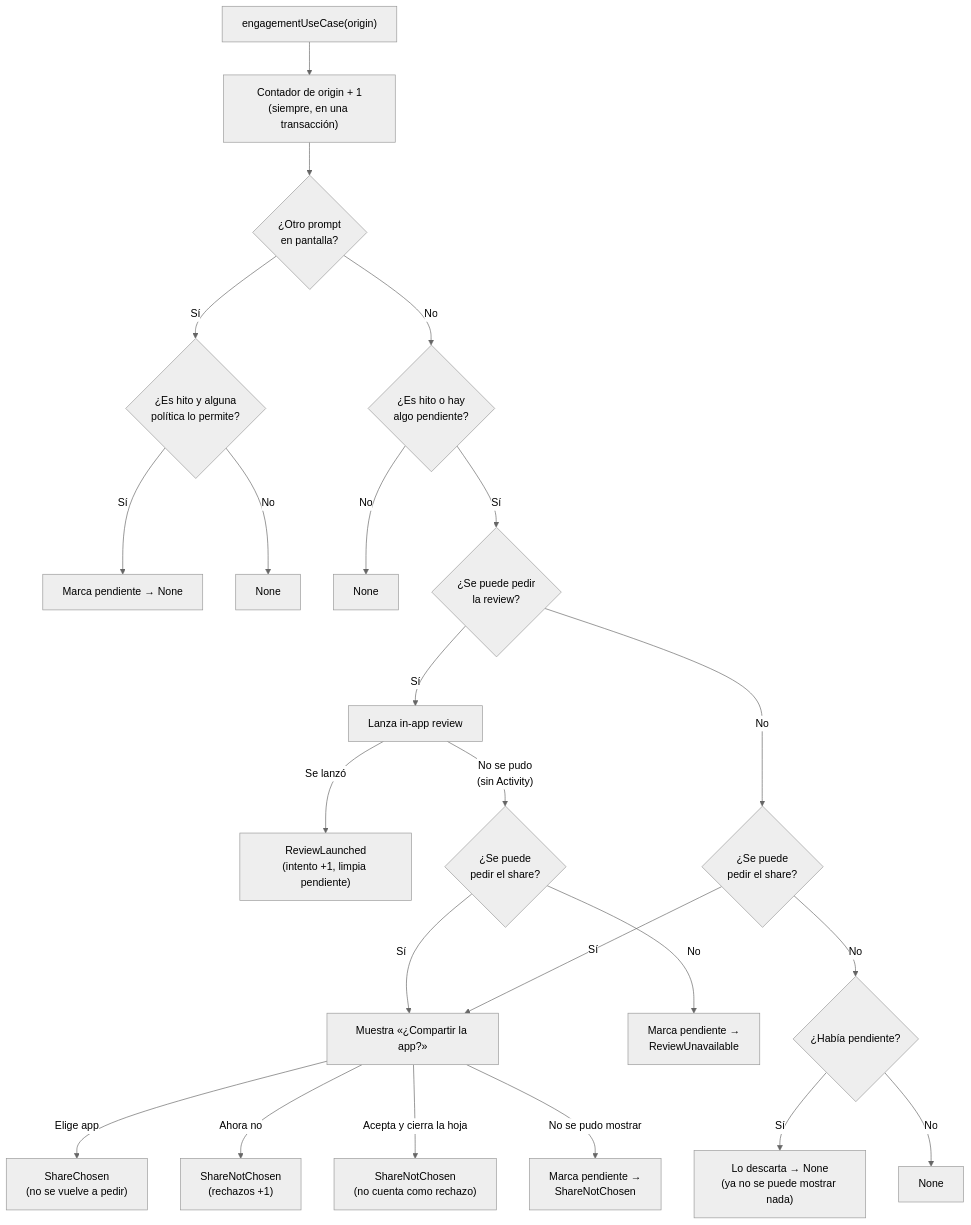
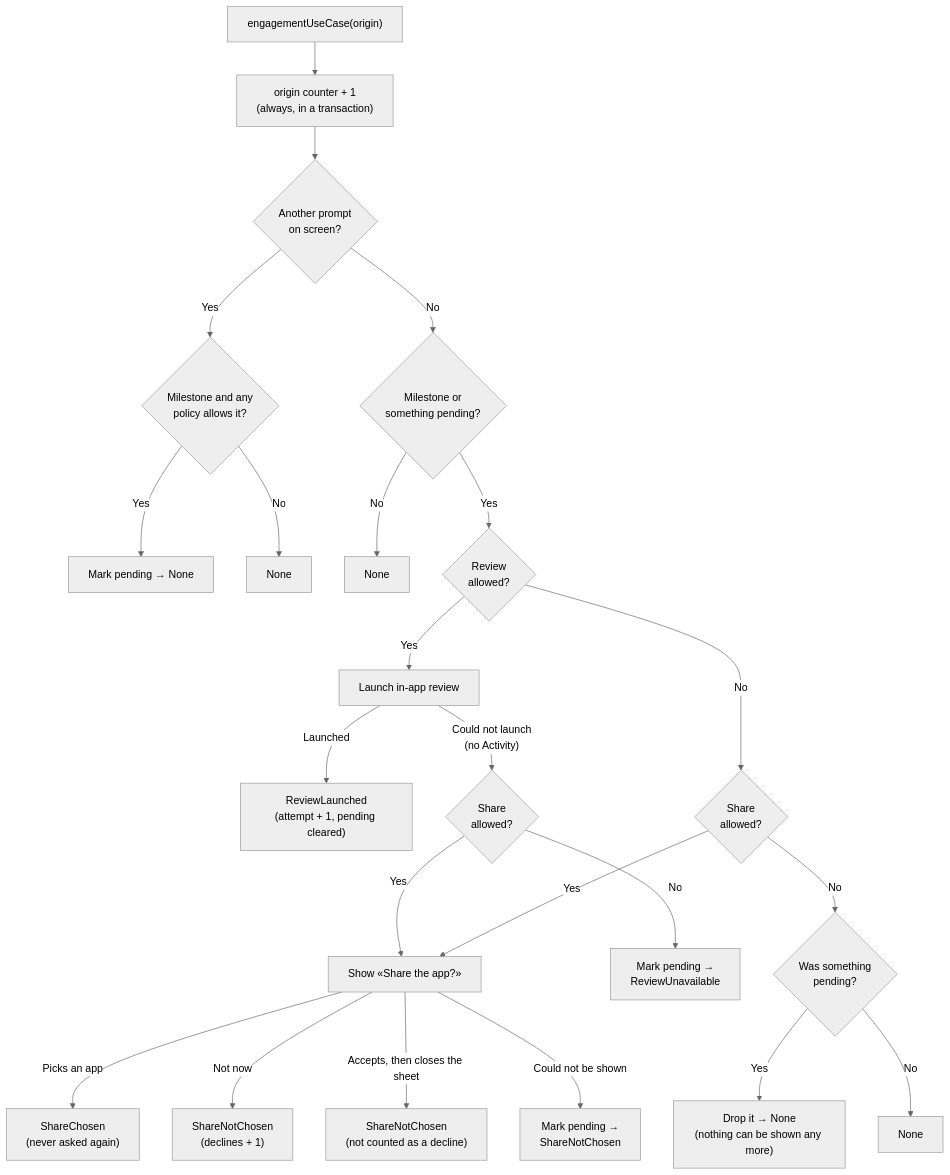
Before and after one commit to raxden/android-platform: the first of 5 diagrams in platform/engagement/README.md, drawn with Mermaid (neutral theme). The commit also changed other lines of this file, not shown here.

Commit message:
Translate the engagement module guide to English

````diff
--- a/platform/engagement/README.md
+++ b/platform/engagement/README.md
@@ -28,25 +28,25 @@
 ```mermaid
 flowchart TD
-    A["engagementUseCase(origin)"] --> B["Contador de origin + 1<br/>(siempre, en una transacción)"]
-    B --> C{"¿Otro prompt<br/>en pantalla?"}
-    C -- Sí --> C1{"¿Es hito y alguna<br/>política lo permite?"}
-    C1 -- Sí --> P1["Marca pendiente → None"]
+    A["engagementUseCase(origin)"] --> B["origin counter + 1<br/>(always, in a transaction)"]
+    B --> C{"Another prompt<br/>on screen?"}
+    C -- Yes --> C1{"Milestone and any<br/>policy allows it?"}
+    C1 -- Yes --> P1["Mark pending → None"]
     C1 -- No --> N0["None"]
-    C -- No --> D{"¿Es hito o hay<br/>algo pendiente?"}
+    C -- No --> D{"Milestone or<br/>something pending?"}
     D -- No --> N1["None"]
-    D -- Sí --> E{"¿Se puede pedir<br/>la review?"}
-    E -- Sí --> R["Lanza in-app review"]
-    R -- "Se lanzó" --> RL["ReviewLaunched<br/>(intento +1, limpia pendiente)"]
-    R -- "No se pudo<br/>(sin Activity)" --> F{"¿Se puede<br/>pedir el share?"}
-    F -- Sí --> S
-    F -- No --> P2["Marca pendiente →<br/>ReviewUnavailable"]
-    E -- No --> G{"¿Se puede<br/>pedir el share?"}
-    G -- Sí --> S["Muestra «¿Compartir la app?»"]
-    G -- No --> H{"¿Había pendiente?"}
-    H -- Sí --> X["Lo descarta → None<br/>(ya no se puede mostrar nada)"]
+    D -- Yes --> E{"Review<br/>allowed?"}
+    E -- Yes --> R["Launch in-app review"]
+    R -- "Launched" --> RL["ReviewLaunched<br/>(attempt + 1, pending cleared)"]
+    R -- "Could not launch<br/>(no Activity)" --> F{"Share<br/>allowed?"}
+    F -- Yes --> S
+    F -- No --> P2["Mark pending →<br/>ReviewUnavailable"]
+    E -- No --> G{"Share<br/>allowed?"}
+    G -- Yes --> S["Show «Share the app?»"]
+    G -- No --> H{"Was something<br/>pending?"}
+    H -- Yes --> X["Drop it → None<br/>(nothing can be shown any more)"]
     H -- No --> N2["None"]
-    S -- "Elige app" --> SC["ShareChosen<br/>(no se vuelve a pedir)"]
-    S -- "Ahora no" --> SN["ShareNotChosen<br/>(rechazos +1)"]
-    S -- "Acepta y cierra la hoja" --> SD["ShareNotChosen<br/>(no cuenta como rechazo)"]
-    S -- "No se pudo mostrar" --> P3["Marca pendiente →<br/>ShareNotChosen"]
+    S -- "Picks an app" --> SC["ShareChosen<br/>(never asked again)"]
+    S -- "Not now" --> SN["ShareNotChosen<br/>(declines + 1)"]
+    S -- "Accepts, then closes the sheet" --> SD["ShareNotChosen<br/>(not counted as a decline)"]
+    S -- "Could not be shown" --> P3["Mark pending →<br/>ShareNotChosen"]
 ```
````
